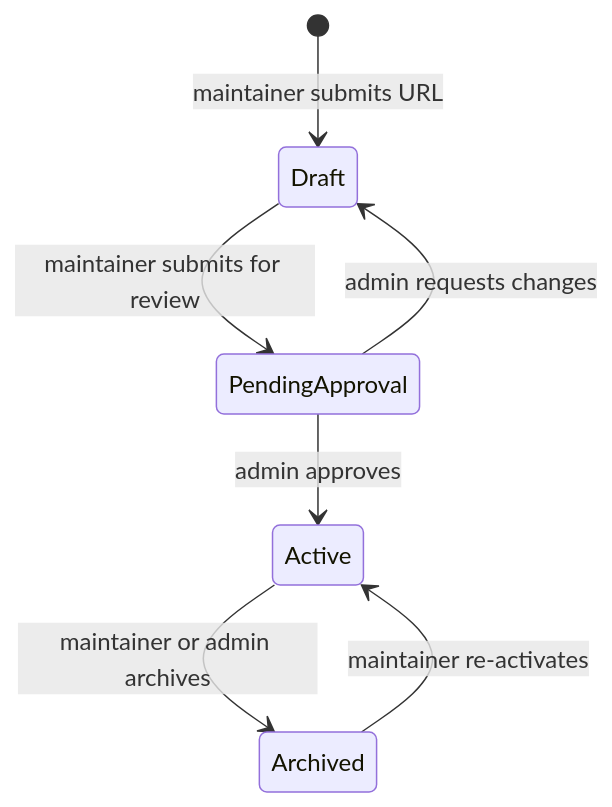
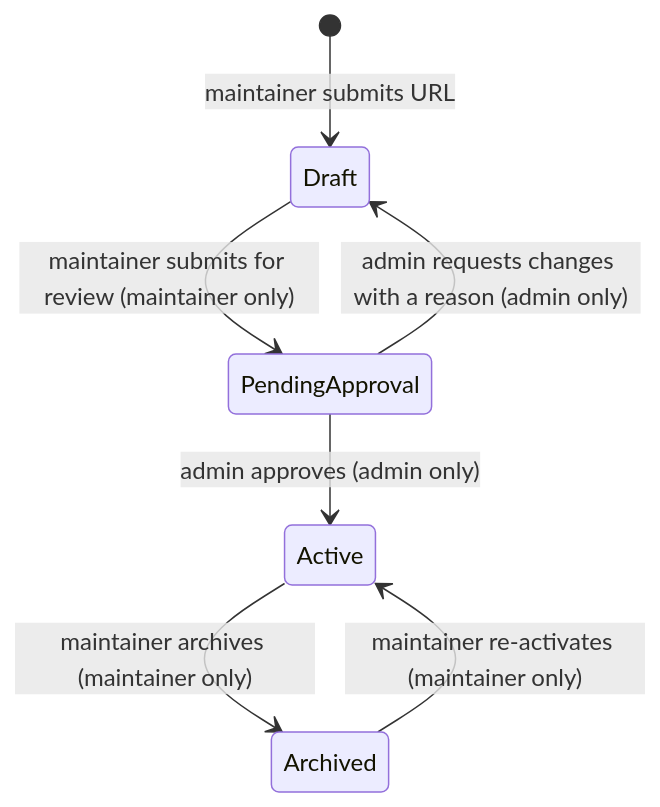
Before and after one commit to wouterfennis/TimeForCode: the fourth of 4 diagrams in docs/target/domain-model.md, drawn with Mermaid. The commit also changed other lines of this file and 66 other files, not shown here.

````diff
--- a/docs/target/domain-model.md
+++ b/docs/target/domain-model.md
@@ -203,9 +203,9 @@
 ```mermaid
 stateDiagram-v2
     [*] --> Draft : maintainer submits URL
-    Draft --> PendingApproval : maintainer submits for review
-    PendingApproval --> Active : admin approves
-    PendingApproval --> Draft : admin requests changes
-    Active --> Archived : maintainer or admin archives
-    Archived --> Active : maintainer re-activates
+    Draft --> PendingApproval : maintainer submits for review (maintainer only)
+    PendingApproval --> Active : admin approves (admin only)
+    PendingApproval --> Draft : admin requests changes with a reason (admin only)
+    Active --> Archived : maintainer archives (maintainer only)
+    Archived --> Active : maintainer re-activates (maintainer only)
 ```
````
